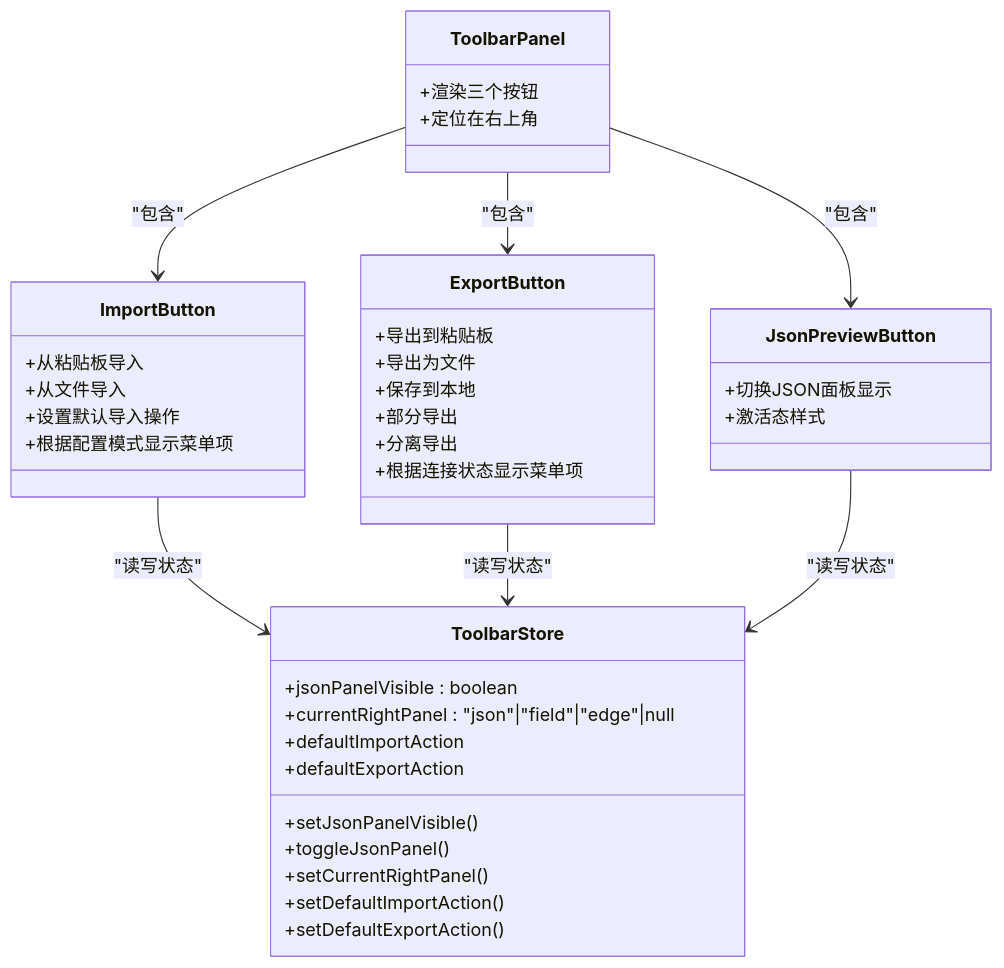
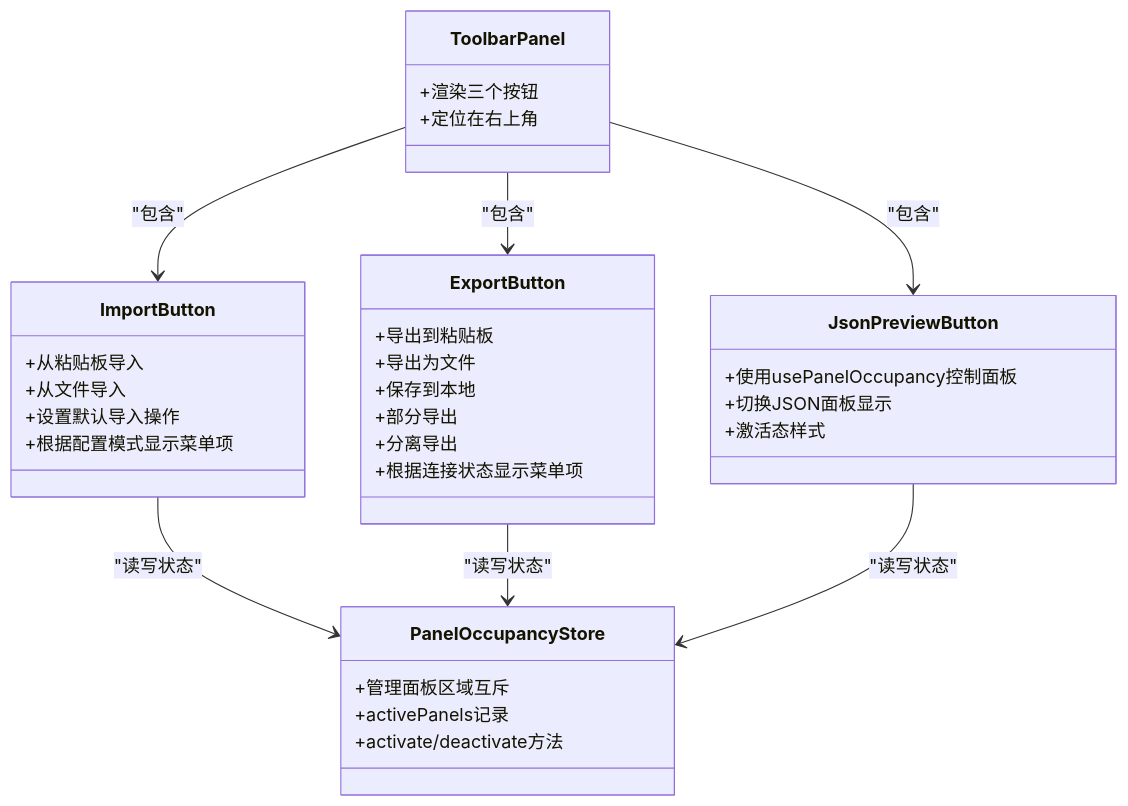
Before and after one commit to kqcoxn/MaaPipelineEditor: the second of 6 diagrams in .qoder/repowiki/zh/content/用户界面/工具栏面板.md, drawn with Mermaid. The commit also changed other lines of this file and 31 other files, not shown here.

````diff
--- a/.qoder/repowiki/zh/content/用户界面/工具栏面板.md
+++ b/.qoder/repowiki/zh/content/用户界面/工具栏面板.md
@@ -120,42 +136,37 @@
 ```mermaid
 classDiagram
 class ToolbarPanel {
 +渲染三个按钮
 +定位在右上角
 }
 class ImportButton {
 +从粘贴板导入
 +从文件导入
 +设置默认导入操作
 +根据配置模式显示菜单项
 }
 class ExportButton {
 +导出到粘贴板
 +导出为文件
 +保存到本地
 +部分导出
 +分离导出
 +根据连接状态显示菜单项
 }
 class JsonPreviewButton {
++使用usePanelOccupancy控制面板
 +切换JSON面板显示
 +激活态样式
 }
-class ToolbarStore {
-+jsonPanelVisible : boolean
-+currentRightPanel : "json"|"field"|"edge"|null
-+defaultImportAction
-+defaultExportAction
-+setJsonPanelVisible()
-+toggleJsonPanel()
-+setCurrentRightPanel()
-+setDefaultImportAction()
-+setDefaultExportAction()
+class PanelOccupancyStore {
++管理面板区域互斥
++activePanels记录
++activate/deactivate方法
 }
 ToolbarPanel --> ImportButton : "包含"
 ToolbarPanel --> ExportButton : "包含"
 ToolbarPanel --> JsonPreviewButton : "包含"
-ImportButton --> ToolbarStore : "读写状态"
-ExportButton --> ToolbarStore : "读写状态"
-JsonPreviewButton --> ToolbarStore : "读写状态"
+ImportButton --> PanelOccupancyStore : "读写状态"
+ExportButton --> PanelOccupancyStore : "读写状态"
+JsonPreviewButton --> PanelOccupancyStore : "读写状态"
 ```
````
